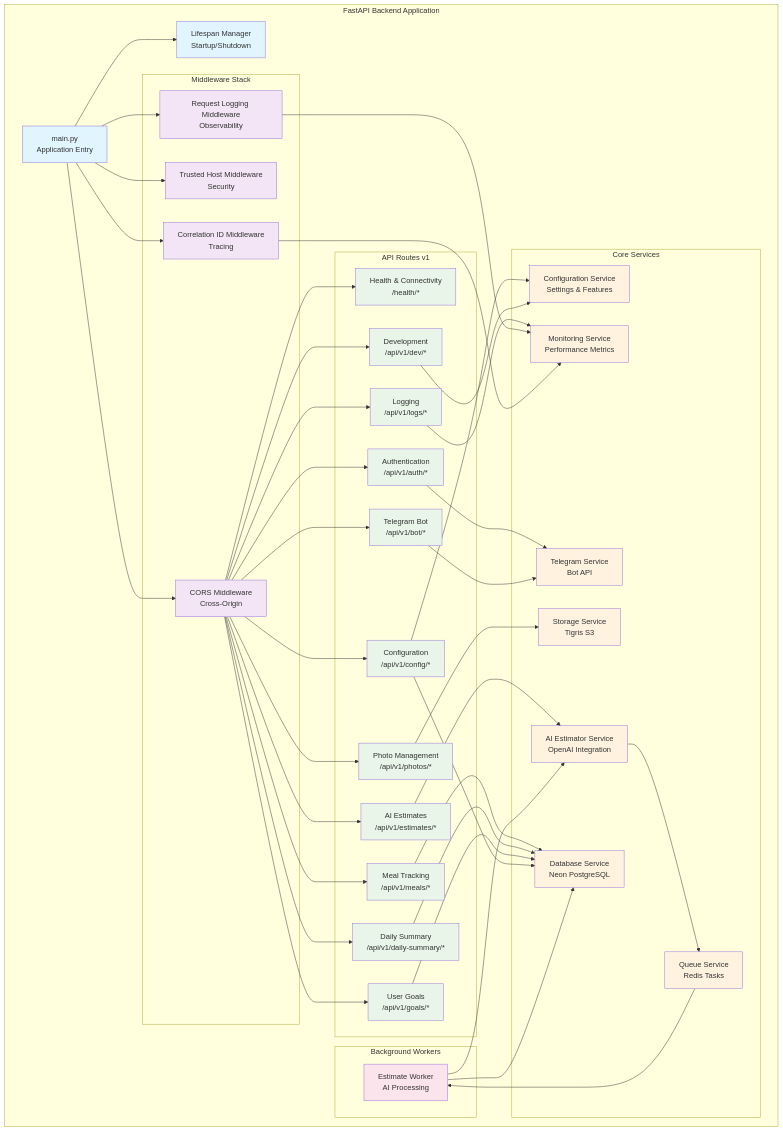
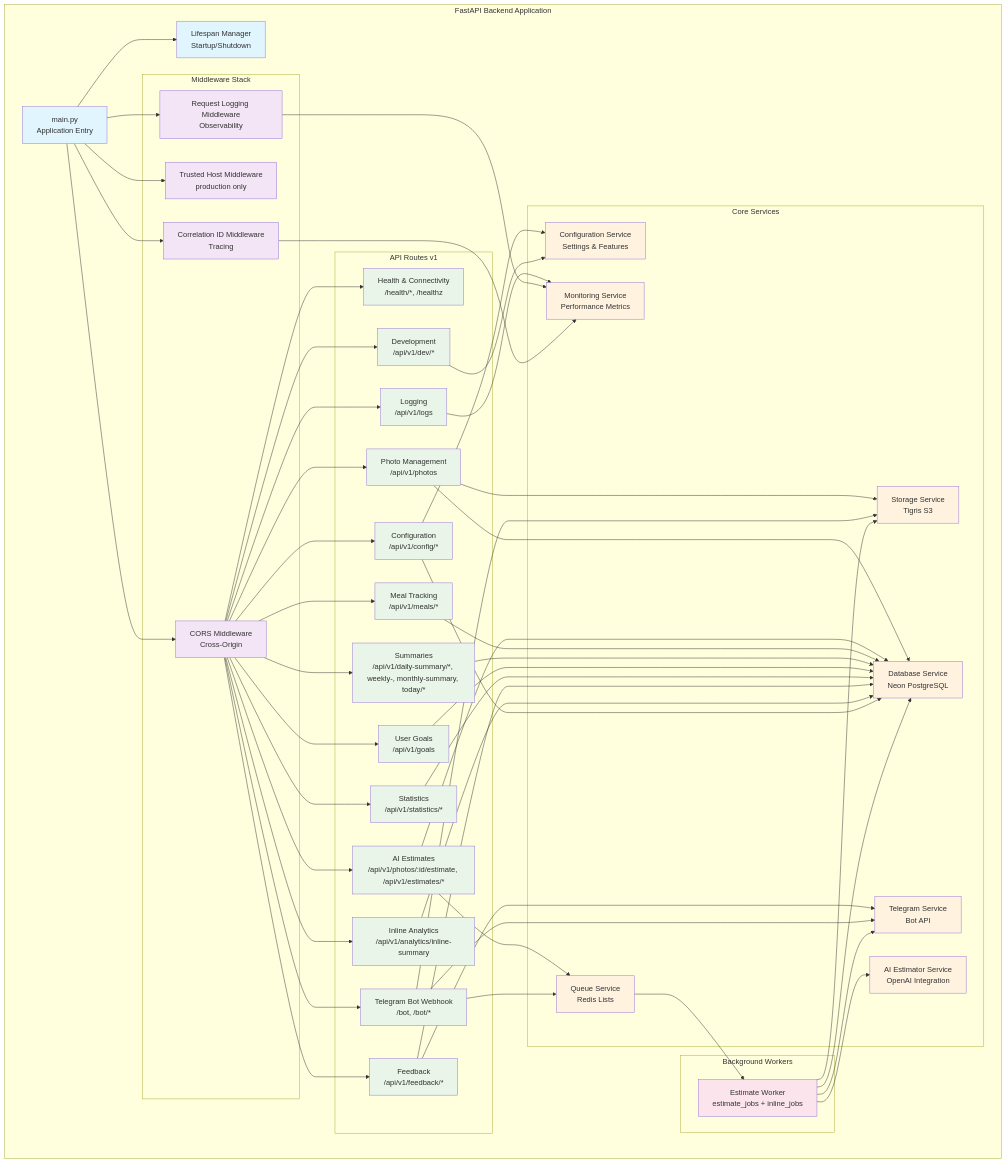
Before and after one commit to gofrolist/calorie-track-ai-bot-api: the fourth of 14 diagrams in docs/ARCHITECTURE.md, drawn with Mermaid. The commit also changed other lines of this file and 49 other files, not shown here.

First line of the commit message:
docs: align documentation with current code and architecture

````diff
--- a/docs/ARCHITECTURE.md
+++ b/docs/ARCHITECTURE.md
@@ -264,23 +255,25 @@
 
         subgraph "Middleware Stack"
             CORS_MW[CORS Middleware<br/>Cross-Origin]
-            TRUSTED_MW[Trusted Host Middleware<br/>Security]
+            TRUSTED_MW[Trusted Host Middleware<br/>production only]
             CORRELATION_MW[Correlation ID Middleware<br/>Tracing]
             LOGGING_MW[Request Logging Middleware<br/>Observability]
         end
 
         subgraph "API Routes v1"
-            HEALTH[Health & Connectivity<br/>/health/*]
+            HEALTH[Health & Connectivity<br/>/health/*, /healthz]
             CONFIG_ROUTE[Configuration<br/>/api/v1/config/*]
-            LOGS_ROUTE[Logging<br/>/api/v1/logs/*]
+            LOGS_ROUTE[Logging<br/>/api/v1/logs]
             DEV_ROUTE[Development<br/>/api/v1/dev/*]
-            AUTH_ROUTE[Authentication<br/>/api/v1/auth/*]
-            PHOTOS_ROUTE[Photo Management<br/>/api/v1/photos/*]
-            ESTIMATES_ROUTE[AI Estimates<br/>/api/v1/estimates/*]
+            PHOTOS_ROUTE[Photo Management<br/>/api/v1/photos]
+            ESTIMATES_ROUTE[AI Estimates<br/>/api/v1/photos/:id/estimate, /api/v1/estimates/*]
             MEALS_ROUTE[Meal Tracking<br/>/api/v1/meals/*]
-            SUMMARY_ROUTE[Daily Summary<br/>/api/v1/daily-summary/*]
-            GOALS_ROUTE[User Goals<br/>/api/v1/goals/*]
-            BOT_ROUTE[Telegram Bot<br/>/api/v1/bot/*]
+            SUMMARY_ROUTE[Summaries<br/>/api/v1/daily-summary/*, weekly-, monthly-summary, today/*]
+            GOALS_ROUTE[User Goals<br/>/api/v1/goals]
+            STATS_ROUTE[Statistics<br/>/api/v1/statistics/*]
+            FEEDBACK_ROUTE[Feedback<br/>/api/v1/feedback/*]
+            ANALYTICS_ROUTE[Inline Analytics<br/>/api/v1/analytics/inline-summary]
+            BOT_ROUTE[Telegram Bot Webhook<br/>/bot, /bot/*]
         end
 
         subgraph "Core Services"
@@ -289,12 +282,12 @@
             STORAGE_SVC[Storage Service<br/>Tigris S3]
             TELEGRAM_SVC[Telegram Service<br/>Bot API]
             ESTIMATOR_SVC[AI Estimator Service<br/>OpenAI Integration]
-            QUEUE_SVC[Queue Service<br/>Redis Tasks]
+            QUEUE_SVC[Queue Service<br/>Redis Lists]
             MONITORING_SVC[Monitoring Service<br/>Performance Metrics]
         end
 
         subgraph "Background Workers"
-            ESTIMATE_WORKER[Estimate Worker<br/>AI Processing]
+            ESTIMATE_WORKER[Estimate Worker<br/>estimate_jobs + inline_jobs]
         end
     end
 
@@ -310,32 +303,42 @@
     CORS_MW --> CONFIG_ROUTE
     CORS_MW --> LOGS_ROUTE
     CORS_MW --> DEV_ROUTE
-    CORS_MW --> AUTH_ROUTE
     CORS_MW --> PHOTOS_ROUTE
     CORS_MW --> ESTIMATES_ROUTE
     CORS_MW --> MEALS_ROUTE
     CORS_MW --> SUMMARY_ROUTE
     CORS_MW --> GOALS_ROUTE
+    CORS_MW --> STATS_ROUTE
+    CORS_MW --> FEEDBACK_ROUTE
+    CORS_MW --> ANALYTICS_ROUTE
     CORS_MW --> BOT_ROUTE
 
     %% Route to service connections
     CONFIG_ROUTE --> CONFIG_SVC
     LOGS_ROUTE --> MONITORING_SVC
     DEV_ROUTE --> CONFIG_SVC
-    AUTH_ROUTE --> TELEGRAM_SVC
     PHOTOS_ROUTE --> STORAGE_SVC
-    ESTIMATES_ROUTE --> ESTIMATOR_SVC
+    PHOTOS_ROUTE --> DB_SVC
+    ESTIMATES_ROUTE --> QUEUE_SVC
+    ESTIMATES_ROUTE --> DB_SVC
     MEALS_ROUTE --> DB_SVC
     SUMMARY_ROUTE --> DB_SVC
     GOALS_ROUTE --> DB_SVC
+    STATS_ROUTE --> DB_SVC
+    FEEDBACK_ROUTE --> DB_SVC
+    FEEDBACK_ROUTE --> TELEGRAM_SVC
+    ANALYTICS_ROUTE --> DB_SVC
     BOT_ROUTE --> TELEGRAM_SVC
+    BOT_ROUTE --> STORAGE_SVC
+    BOT_ROUTE --> QUEUE_SVC
 
     %% Service interconnections
     CONFIG_ROUTE --> DB_SVC
-    ESTIMATOR_SVC --> QUEUE_SVC
     QUEUE_SVC --> ESTIMATE_WORKER
     ESTIMATE_WORKER --> DB_SVC
     ESTIMATE_WORKER --> ESTIMATOR_SVC
+    ESTIMATE_WORKER --> STORAGE_SVC
+    ESTIMATE_WORKER --> TELEGRAM_SVC
 
     %% Monitoring connections
     LOGGING_MW --> MONITORING_SVC
@@ -350,7 +353,7 @@
 
     class MAIN,LIFESPAN main
     class CORS_MW,TRUSTED_MW,CORRELATION_MW,LOGGING_MW middleware
-    class HEALTH,CONFIG_ROUTE,LOGS_ROUTE,DEV_ROUTE,AUTH_ROUTE,PHOTOS_ROUTE,ESTIMATES_ROUTE,MEALS_ROUTE,SUMMARY_ROUTE,GOALS_ROUTE,BOT_ROUTE routes
+    class HEALTH,CONFIG_ROUTE,LOGS_ROUTE,DEV_ROUTE,PHOTOS_ROUTE,ESTIMATES_ROUTE,MEALS_ROUTE,SUMMARY_ROUTE,GOALS_ROUTE,STATS_ROUTE,FEEDBACK_ROUTE,ANALYTICS_ROUTE,BOT_ROUTE routes
     class CONFIG_SVC,DB_SVC,STORAGE_SVC,TELEGRAM_SVC,ESTIMATOR_SVC,QUEUE_SVC,MONITORING_SVC services
     class ESTIMATE_WORKER workers
 ```
````
